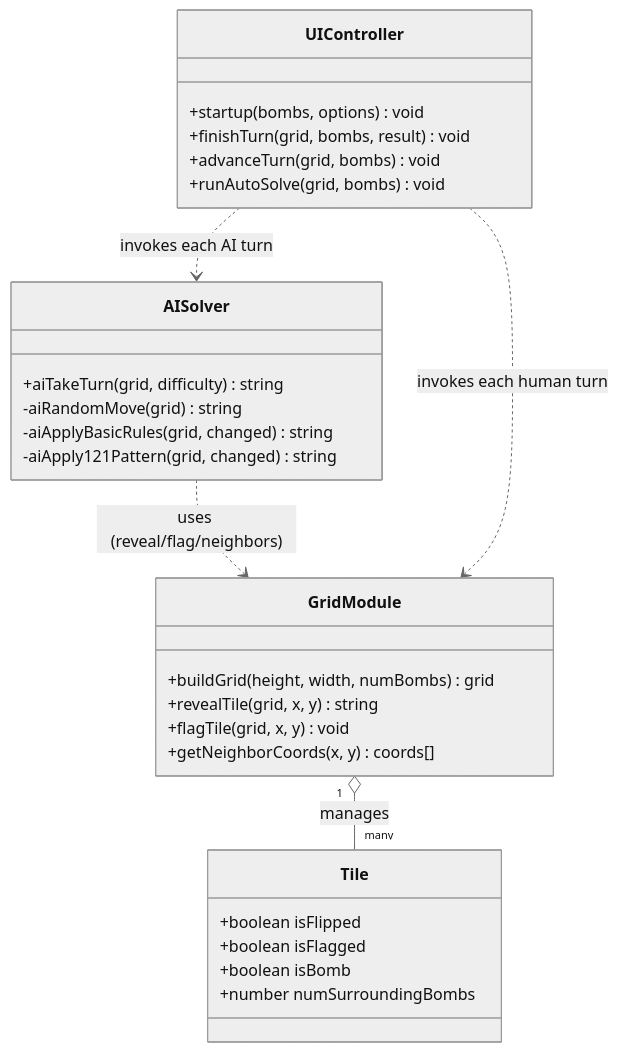
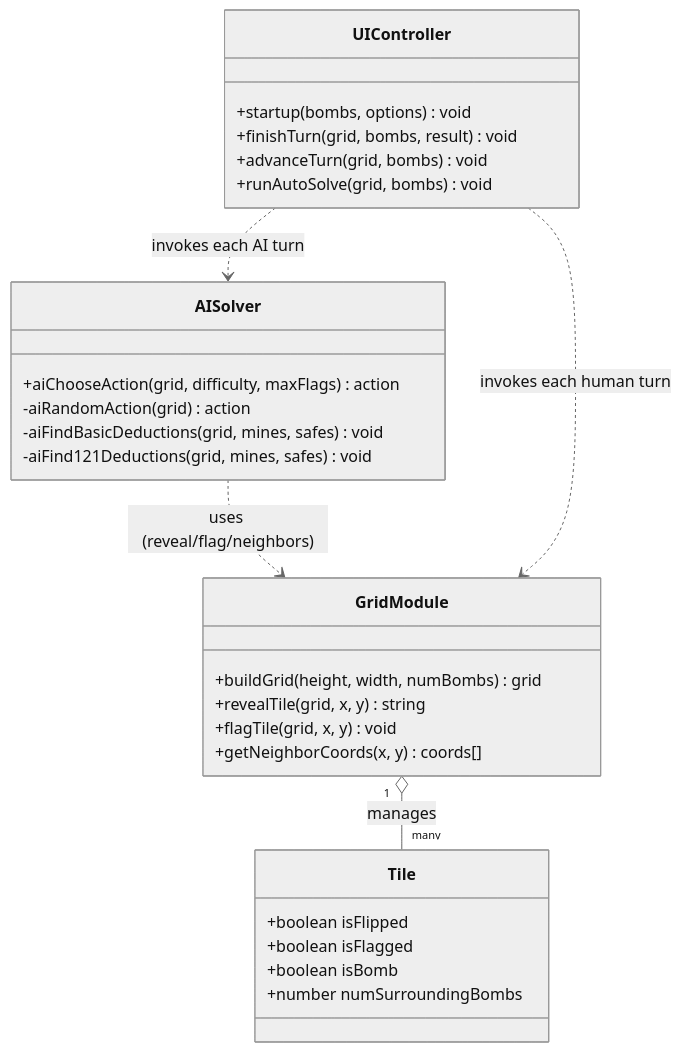
The second of 2 diagrams in README.md (aidanp12/Software-Engineering-II-Project-1), drawn with Mermaid (neutral theme) before and after one commit. The commit also changed other lines of this file and 4 other files, not shown here.

Commit message:
One action per turn, player colors, points and instant-death modes for 2-player and vs-AI

````diff
--- a/README.md
+++ b/README.md
@@ -80,31 +88,31 @@
 ```mermaid
 classDiagram
     class Tile {
         +boolean isFlipped
         +boolean isFlagged
         +boolean isBomb
         +number numSurroundingBombs
     }
     class GridModule {
         +buildGrid(height, width, numBombs) grid
         +revealTile(grid, x, y) string
         +flagTile(grid, x, y) void
         +getNeighborCoords(x, y) coords[]
     }
     class AISolver {
-        +aiTakeTurn(grid, difficulty) string
-        -aiRandomMove(grid) string
-        -aiApplyBasicRules(grid, changed) string
-        -aiApply121Pattern(grid, changed) string
+        +aiChooseAction(grid, difficulty, maxFlags) action
+        -aiRandomAction(grid) action
+        -aiFindBasicDeductions(grid, mines, safes) void
+        -aiFind121Deductions(grid, mines, safes) void
     }
     class UIController {
         +startup(bombs, options) void
         +finishTurn(grid, bombs, result) void
         +advanceTurn(grid, bombs) void
         +runAutoSolve(grid, bombs) void
     }
     GridModule "1" o-- "many" Tile : manages
     AISolver ..> GridModule : uses (reveal/flag/neighbors)
     UIController ..> AISolver : invokes each AI turn
     UIController ..> GridModule : invokes each human turn
 ```
````
